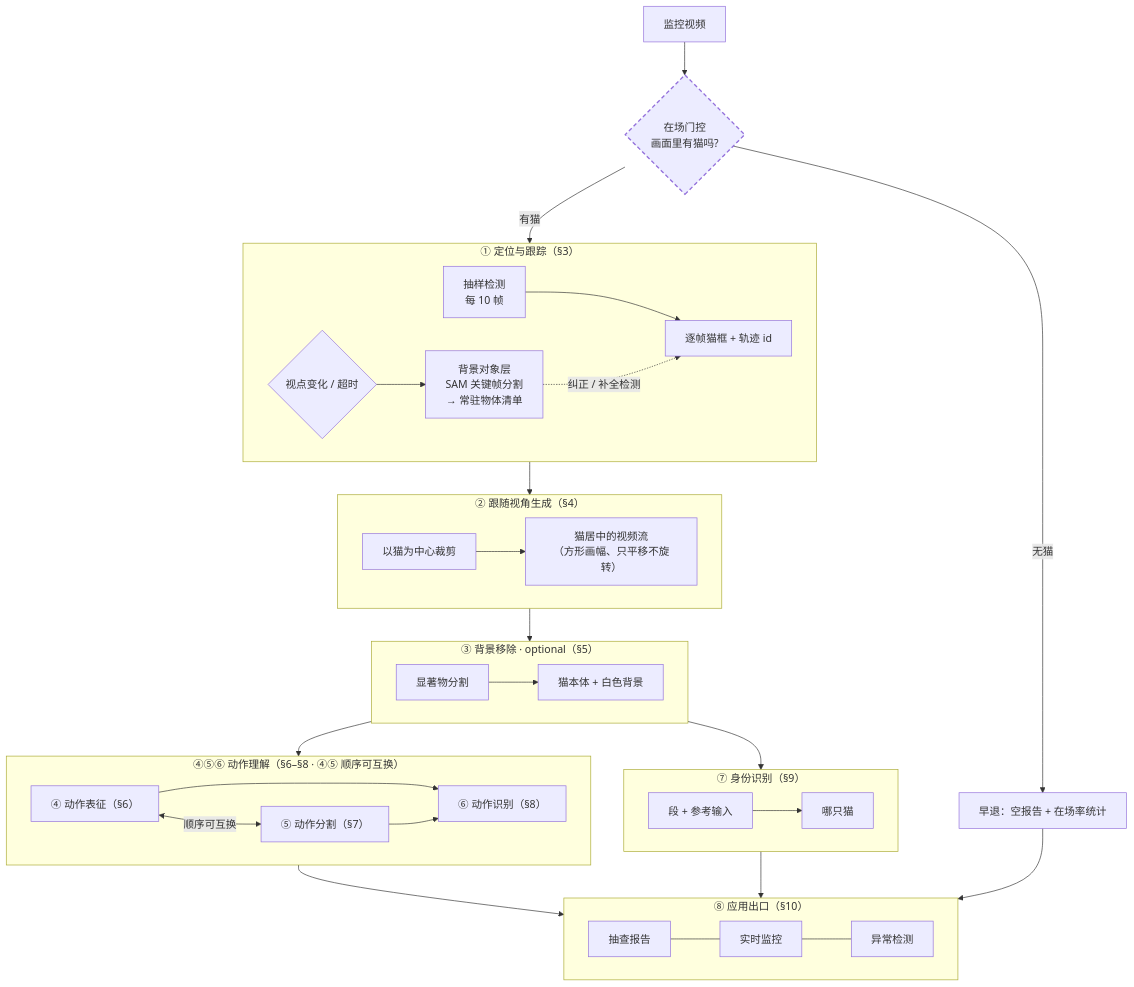
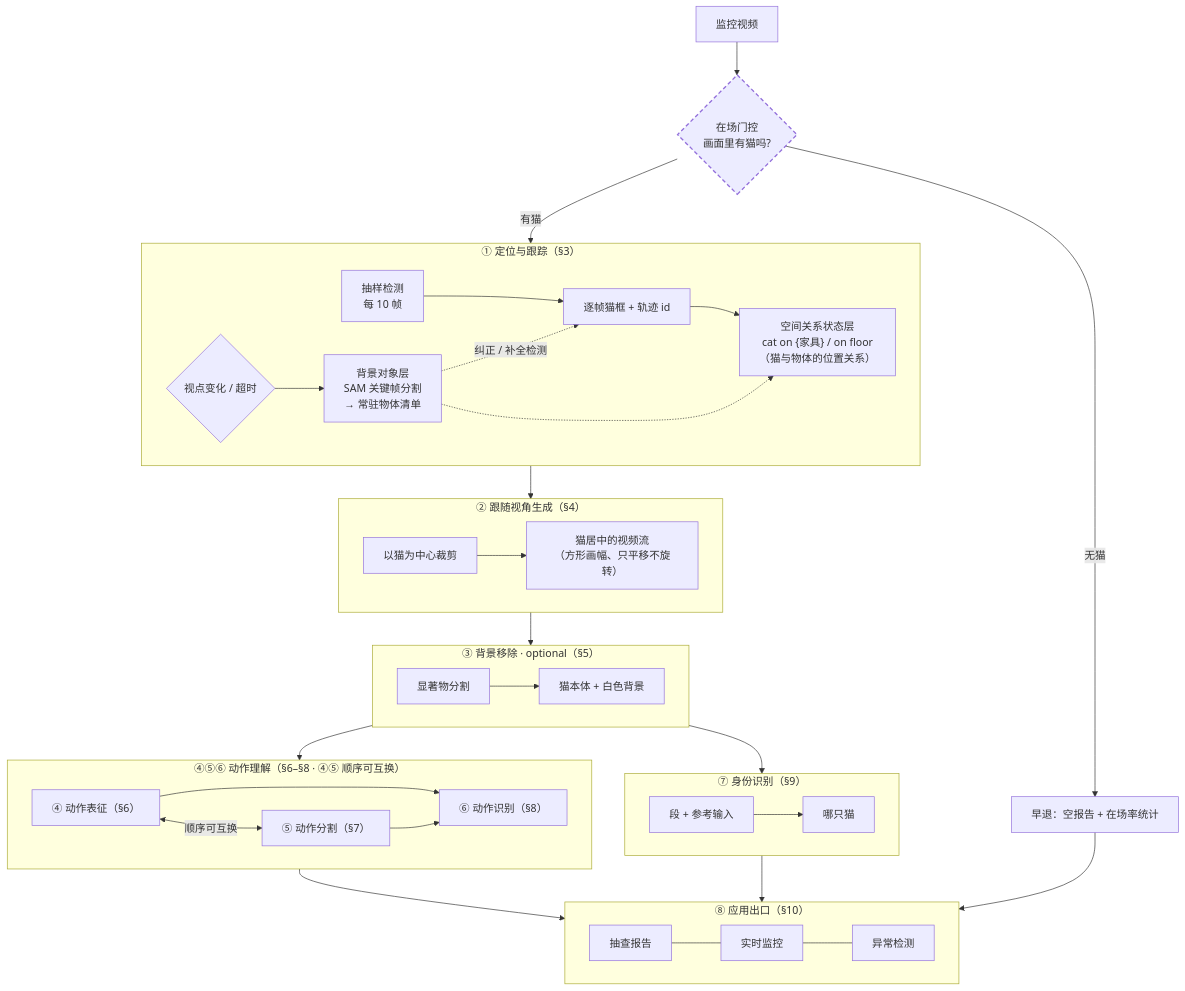
Before and after one commit to gongshangzheng/pet-action-recognition: the first of 4 diagrams in management/docs/architecture.md, drawn with Mermaid. The commit also changed other lines of this file, not shown here.

Commit message:
docs(architecture): 总图补「空间关系状态层」节点（猫–物体位置关系）+ §3 说明其作用（空间上下文 / 交互语义载体）

````diff
--- a/management/docs/architecture.md
+++ b/management/docs/architecture.md
@@ -26,50 +26,52 @@
 ```mermaid
 flowchart TD
     V[监控视频] --> GATE{"在场门控<br/>画面里有猫吗?"}
     GATE -->|"无猫"| EMPTY["早退：空报告 + 在场率统计"]
     GATE -->|"有猫"| S1
 
     subgraph S1["① 定位与跟踪（§3）"]
         direction LR
         A1["抽样检测<br/>每 10 帧"] --> A2["逐帧猫框 + 轨迹 id"]
         T1{"视点变化 / 超时"} --> A3["背景对象层<br/>SAM 关键帧分割<br/>→ 常驻物体清单"]
         A3 -.->|"纠正 / 补全检测"| A2
+        A2 --> A5["空间关系状态层<br/>cat on {家具} / on floor<br/>（猫与物体的位置关系）"]
+        A3 -.-> A5
     end
 
     subgraph S2["② 跟随视角生成（§4）"]
         direction LR
         B1["以猫为中心裁剪"] --> B2["猫居中的视频流<br/>（方形画幅、只平移不旋转）"]
     end
 
     subgraph S3["③ 背景移除 · optional（§5）"]
         direction LR
         C1["显著物分割"] --> C2["猫本体 + 白色背景"]
     end
 
     subgraph S46["④⑤⑥ 动作理解（§6–§8 · ④⑤ 顺序可互换）"]
         direction LR
         D1["④ 动作表征（§6）"] <-->|"顺序可互换"| D2["⑤ 动作分割（§7）"]
         D1 --> D3["⑥ 动作识别（§8）"]
         D2 --> D3
     end
 
     subgraph S7["⑦ 身份识别（§9）"]
         direction LR
         E1["段 + 参考输入"] --> E2["哪只猫"]
     end
 
     subgraph S8["⑧ 应用出口（§10）"]
         direction LR
         F1["抽查报告"] --- F2["实时监控"] --- F3["异常检测"]
     end
 
     S1 --> S2
     S2 --> S3
     S3 --> S46
     S46 --> S8
     S3 --> S7
     S7 --> S8
     EMPTY --> S8
 
     style GATE stroke-dasharray: 6 4,stroke-width:2px
 ```
````
